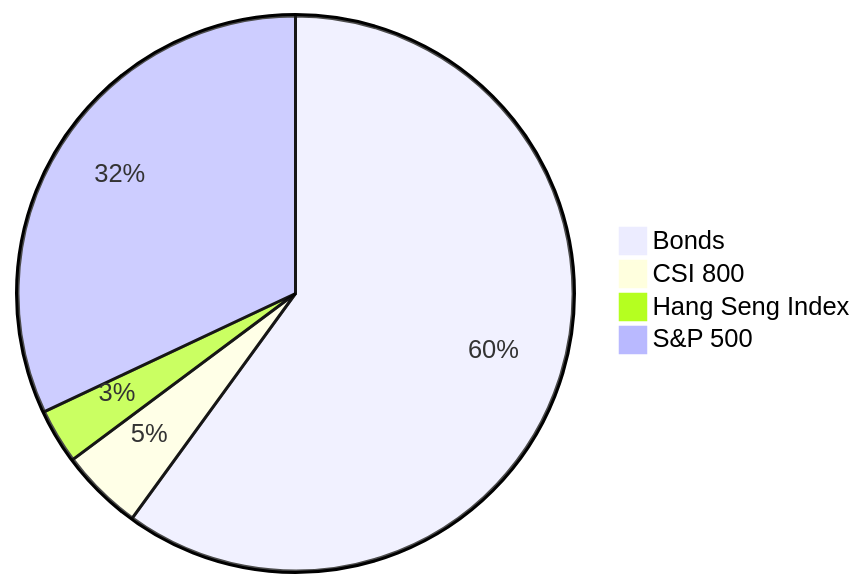
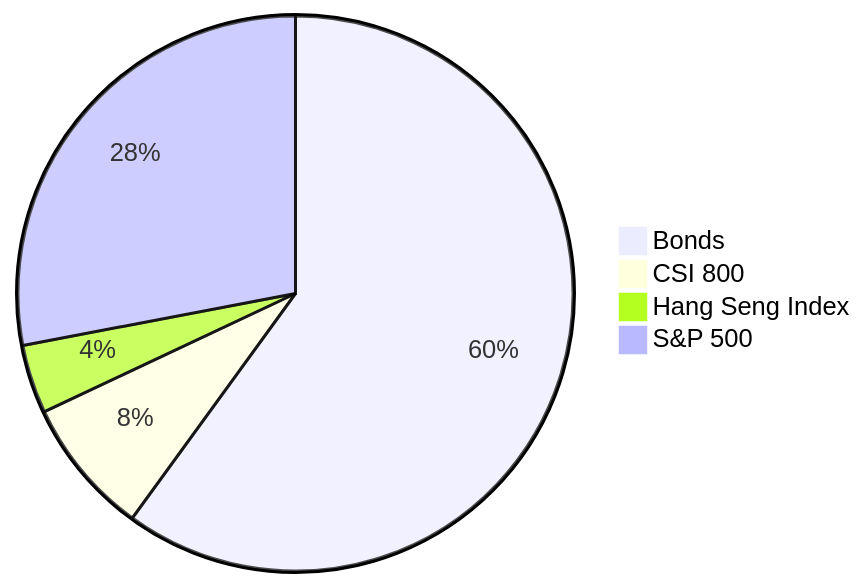
The second of 5 diagrams in chinese-couch-potato.md (low-earth-orbit/notes), drawn with Mermaid before and after one commit. The commit also changed other lines of this file and 4 other files, not shown here.

````diff
--- a/chinese-couch-potato.md
+++ b/chinese-couch-potato.md
@@ -149,7 +141,7 @@
 ```mermaid
 pie
 "Bonds" : 60
-"CSI 800" : 4.8
-"Hang Seng Index" : 3.2
-"S&P 500" : 32
+"CSI 800" : 8
+"Hang Seng Index" : 4
+"S&P 500" : 28
 ```
````
